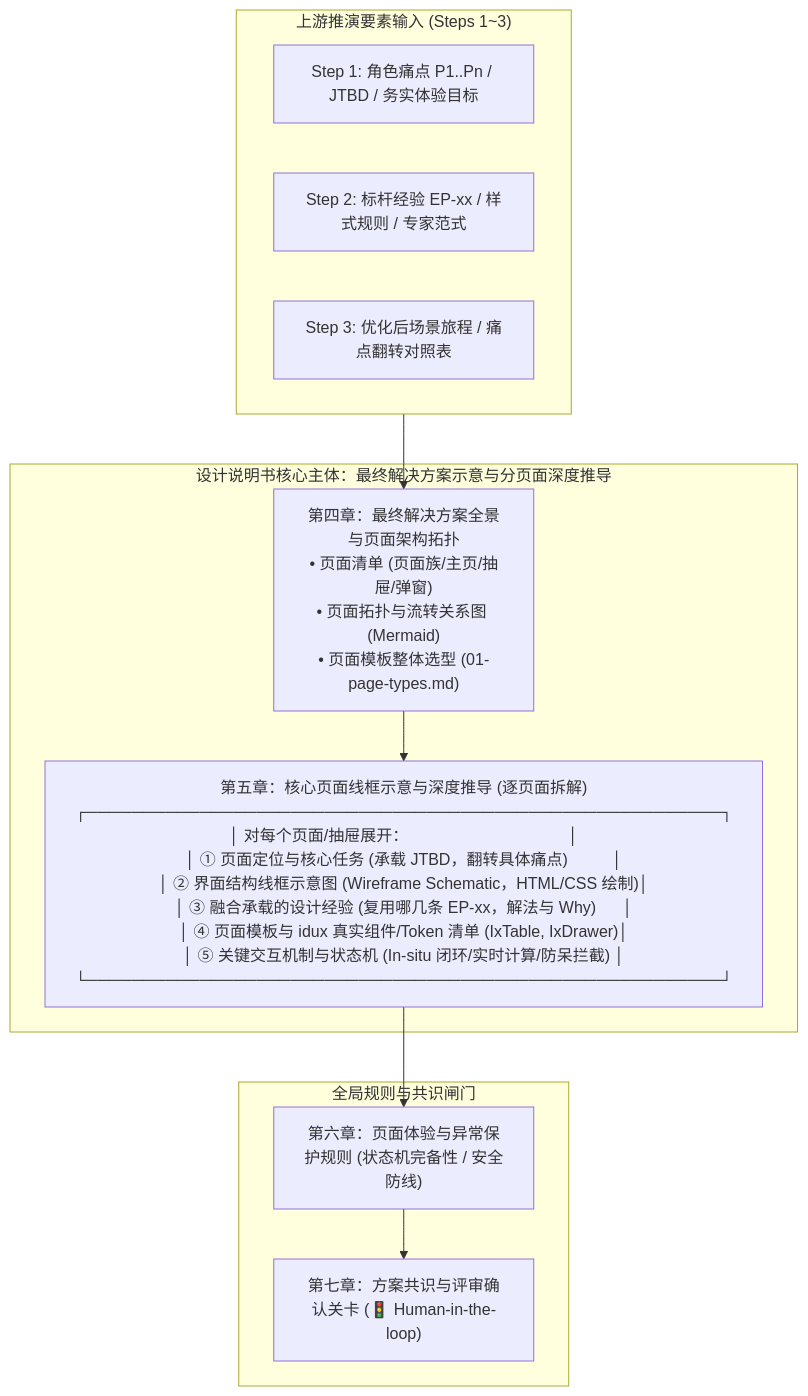
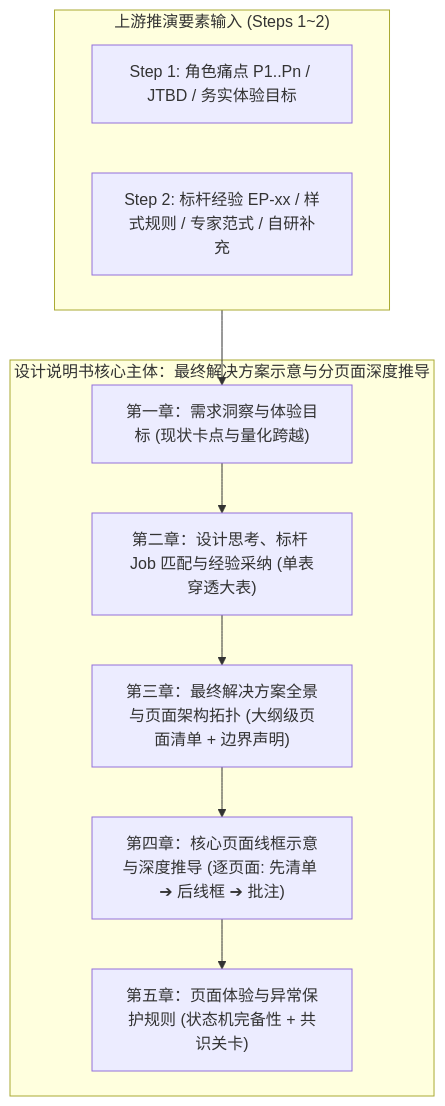
One commit to wangjue2026/skill-designer-prism changed the diagram in 01-system-solution-design/⑤设计说明书/5.0-设计说明书标准模板.md. Above: the diagram before and after it, drawn with Mermaid. The commit also changed other lines of this file and 24 other files, not shown here.

````diff
--- a/01-system-solution-design/⑤设计说明书/5.0-设计说明书标准模板.md
+++ b/01-system-solution-design/⑤设计说明书/5.0-设计说明书标准模板.md
@@ -26,21 +29,17 @@
 ```mermaid
 graph TD
-  subgraph Input ["上游推演要素输入 (Steps 1~3)"]
+  subgraph Input ["上游推演要素输入 (Steps 1~2)"]
     S1["Step 1: 角色痛点 P1..Pn / JTBD / 务实体验目标"]
-    S2["Step 2: 标杆经验 EP-xx / 样式规则 / 专家范式"]
-    S3["Step 3: 优化后场景旅程 / 痛点翻转对照表"]
+    S2["Step 2: 标杆经验 EP-xx / 样式规则 / 专家范式 / 自研补充"]
   end
 
   subgraph Integration ["设计说明书核心主体：最终解决方案示意与分页面深度推导"]
-    C4["第四章：最终解决方案全景与页面架构拓扑<br>• 页面清单 (页面族/主页/抽屉/弹窗)<br>• 页面拓扑与流转关系图 (Mermaid)<br>• 页面模板整体选型 (01-page-types.md)"]
-    
-    C5["第五章：核心页面线框示意与深度推导 (逐页面拆解)<br>┌────────────────────────────────────────────────────────┐<br>│ 对每个页面/抽屉展开：                                    │<br>│ ① 页面定位与核心任务 (承载 JTBD，翻转具体痛点)          │<br>│ ② 界面结构线框示意图 (Wireframe Schematic，HTML/CSS 绘制)│<br>│ ③ 融合承载的设计经验 (复用哪几条 EP-xx，解法与 Why)      │<br>│ ④ 页面模板与 idux 真实组件/Token 清单 (IxTable, IxDrawer)│<br>│ ⑤ 关键交互机制与状态机 (In-situ 闭环/实时计算/防呆拦截) │<br>└────────────────────────────────────────────────────────┘"]
+    C1["第一章：需求洞察与体验目标 (现状卡点与量化跨越)"]
+    C2["第二章：设计思考、标杆 Job 匹配与经验采纳 (单表穿透大表)"]
+    C3["第三章：最终解决方案全景与页面架构拓扑 (大纲级页面清单 + 边界声明)"]
+    C4["第四章：核心页面线框示意与深度推导 (逐页面: 先清单 ➔ 后线框 ➔ 批注)"]
+    C5["第五章：页面体验与异常保护规则 (状态机完备性 + 共识关卡)"]
   end
 
-  subgraph Guardrails ["全局规则与共识闸门"]
-    C6["第六章：页面体验与异常保护规则 (状态机完备性 / 安全防线)"]
-    C7["第七章：方案共识与评审确认关卡 (🚦 Human-in-the-loop)"]
-  end
-
-  Input --> C4 --> C5 --> C6 --> C7
+  Input --> C1 --> C2 --> C3 --> C4 --> C5
 ```
````
